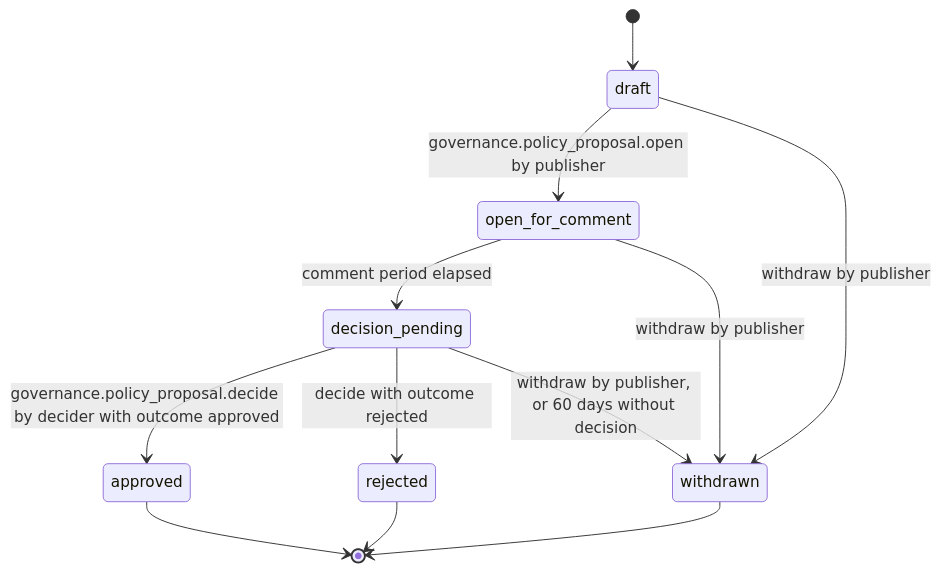
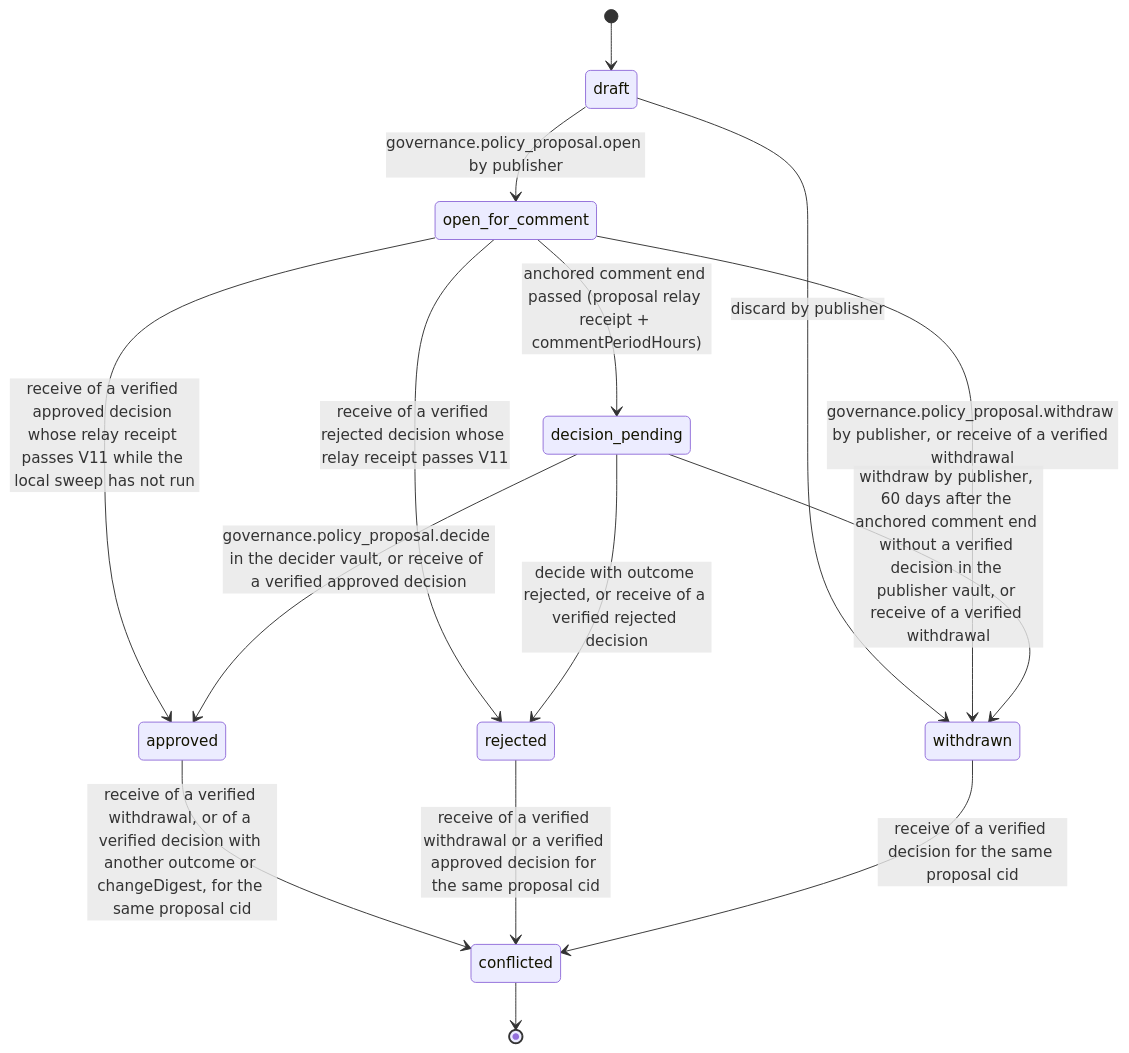
Before and after one commit to djshellshoxxx/CLASSifiedisRUPTed: the first of 2 diagrams in 18_Governance/02_community/mod_governance/workflow_state_machine.md, drawn with Mermaid. The commit also changed other lines of this file and 64 other files, not shown here.

````diff
--- a/18_Governance/02_community/mod_governance/workflow_state_machine.md
+++ b/18_Governance/02_community/mod_governance/workflow_state_machine.md
@@ -29,14 +36,17 @@
 ```mermaid
 stateDiagram-v2
   [*] --> draft
   draft --> open_for_comment: governance.policy_proposal.open by publisher
-  draft --> withdrawn: withdraw by publisher
-  open_for_comment --> decision_pending: comment period elapsed
-  open_for_comment --> withdrawn: withdraw by publisher
-  decision_pending --> approved: governance.policy_proposal.decide by decider with outcome approved
-  decision_pending --> rejected: decide with outcome rejected
-  decision_pending --> withdrawn: withdraw by publisher, or 60 days without decision
-  approved --> [*]
-  rejected --> [*]
-  withdrawn --> [*]
+  draft --> withdrawn: discard by publisher
+  open_for_comment --> decision_pending: anchored comment end passed (proposal relay receipt + commentPeriodHours)
+  open_for_comment --> withdrawn: governance.policy_proposal.withdraw by publisher, or receive of a verified withdrawal
+  open_for_comment --> approved: receive of a verified approved decision whose relay receipt passes V11 while the local sweep has not run
+  open_for_comment --> rejected: receive of a verified rejected decision whose relay receipt passes V11
+  decision_pending --> approved: governance.policy_proposal.decide in the decider vault, or receive of a verified approved decision
+  decision_pending --> rejected: decide with outcome rejected, or receive of a verified rejected decision
+  decision_pending --> withdrawn: withdraw by publisher, 60 days after the anchored comment end without a verified decision in the publisher vault, or receive of a verified withdrawal
+  approved --> conflicted: receive of a verified withdrawal, or of a verified decision with another outcome or changeDigest, for the same proposal cid
+  rejected --> conflicted: receive of a verified withdrawal or a verified approved decision for the same proposal cid
+  withdrawn --> conflicted: receive of a verified decision for the same proposal cid
+  conflicted --> [*]
 ```
````
